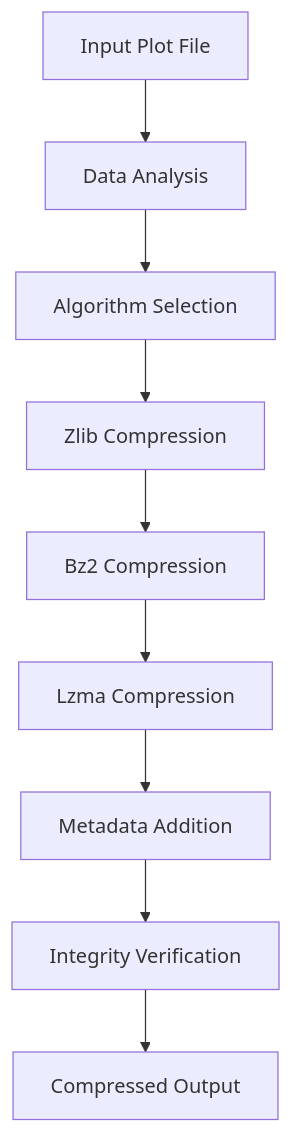
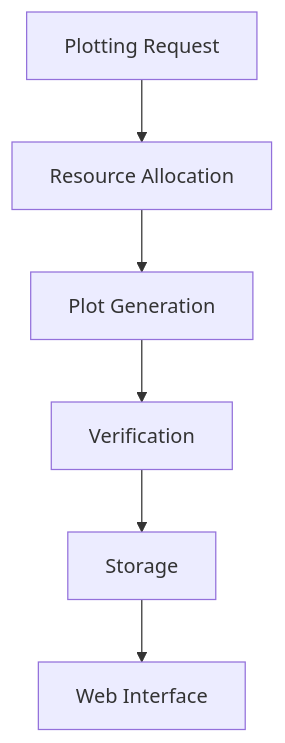
The diagram in README.md (Koba42COO/bradley-wallace-independent-research), drawn with Mermaid before and after one commit. The commit also changed other lines of this file, not shown here.

First line of the commit message:
🧹 Remove compression claims from README - Beta Version Update

````diff
--- a/README.md
+++ b/README.md
@@ -95,11 +95,8 @@
 ```mermaid
 graph TD
-    A[Input Plot File] --> B[Data Analysis]
-    B --> C[Algorithm Selection]
-    C --> D[Zlib Compression]
-    D --> E[Bz2 Compression]
-    E --> F[Lzma Compression]
-    F --> G[Metadata Addition]
-    G --> H[Integrity Verification]
-    H --> I[Compressed Output]
+    A[Plotting Request] --> B[Resource Allocation]
+    B --> C[Plot Generation]
+    C --> D[Verification]
+    D --> E[Storage]
+    E --> F[Web Interface]
 ```
````
